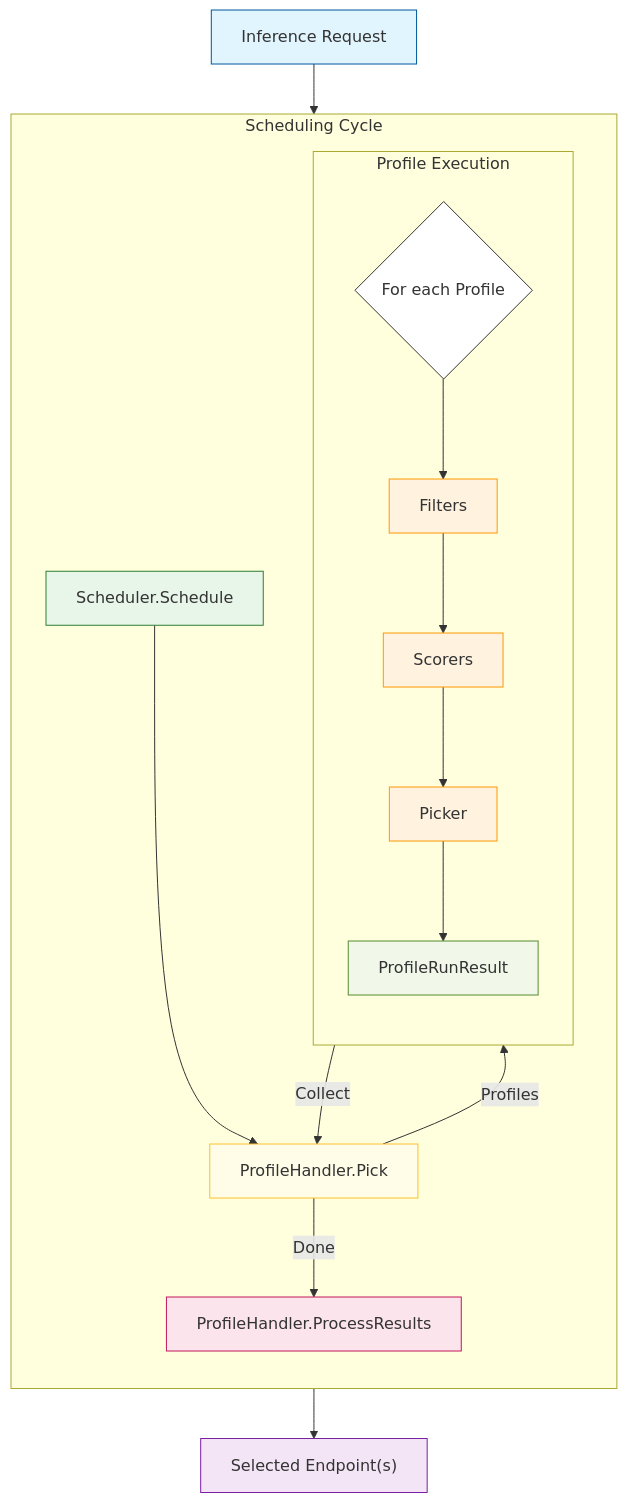
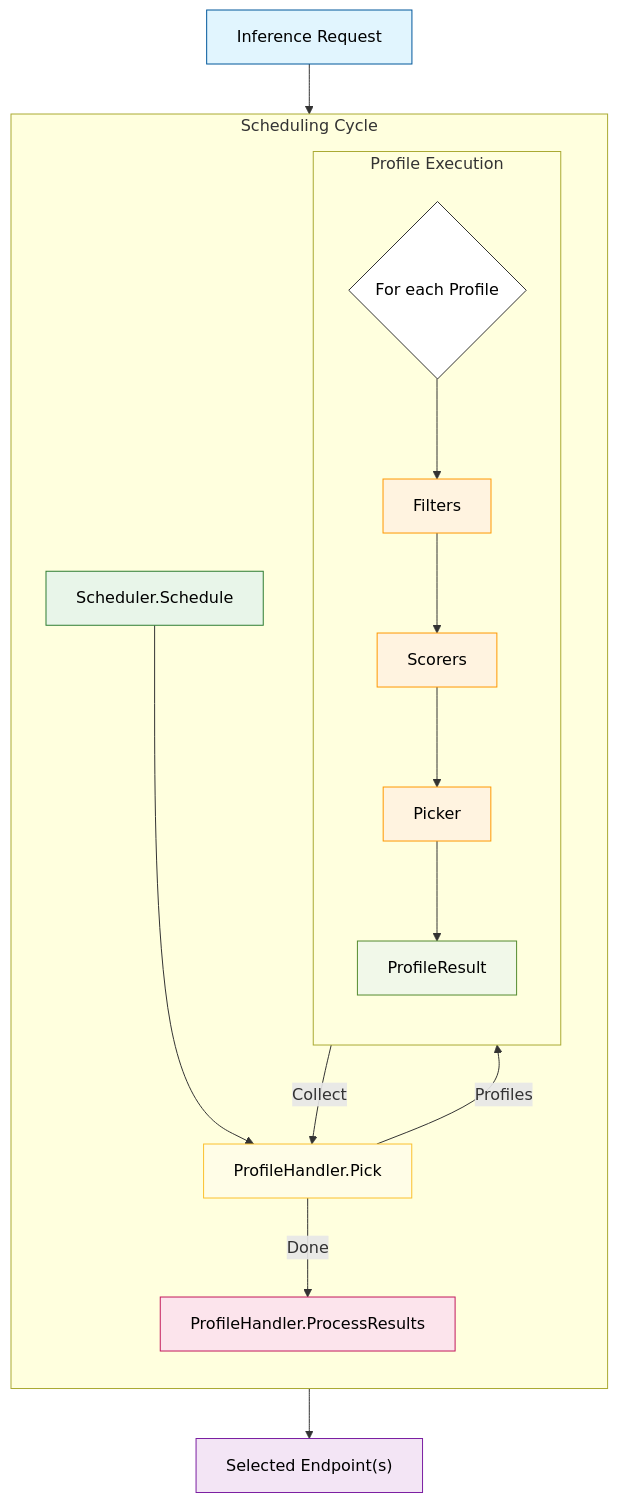
Before and after one commit to ahg-g/llm-d: the first of 2 diagrams in docs/wip-docs-new/architecture/core/epp/scheduling.md, drawn with Mermaid. The commit also changed other lines of this file, not shown here.

Commit message:
update the diagram

````diff
--- a/docs/wip-docs-new/architecture/core/epp/scheduling.md
+++ b/docs/wip-docs-new/architecture/core/epp/scheduling.md
@@ -9,35 +9,35 @@
 ```mermaid
 flowchart TD
     Req[Inference Request] --> S[Scheduler.Schedule]
     
     subgraph Cycle [Scheduling Cycle]
         direction TD
         S --> Pick[ProfileHandler.Pick]
         Pick -->|Profiles| Loop{For each Profile}
         
         subgraph Exec [Profile Execution]
             direction TD
             Loop --> Filters[Filters]
             Filters --> Scorers[Scorers]
             Scorers --> Picker[Picker]
-            Picker --> Result[ProfileRunResult]
+            Picker --> Result[ProfileResult]
         end
         
         Result -->|Collect| Pick
         Pick -->|Done| PRs[ProfileHandler.ProcessResults]
     end
     
     PRs --> Target["Selected Endpoint(s)"]
 
     %% Styling
-    style Req fill:#e1f5fe,stroke:#01579b
-    style S fill:#e8f5e9,stroke:#2e7d32
-    style Pick fill:#fffde7,stroke:#fbc02d
-    style Loop fill:#fff,stroke:#333
-    style Filters fill:#fff3e0,stroke:#ff9800
-    style Scorers fill:#fff3e0,stroke:#ff9800
-    style Picker fill:#fff3e0,stroke:#ff9800
-    style Result fill:#f1f8e9,stroke:#558b2f
-    style PRs fill:#fce4ec,stroke:#c2185b
-    style Target fill:#f3e5f5,stroke:#7b1fa2
+    style Req fill:#e1f5fe,stroke:#01579b,color:#000
+    style S fill:#e8f5e9,stroke:#2e7d32,color:#000
+    style Pick fill:#fffde7,stroke:#fbc02d,color:#000
+    style Loop fill:#fff,stroke:#333,color:#000
+    style Filters fill:#fff3e0,stroke:#ff9800,color:#000
+    style Scorers fill:#fff3e0,stroke:#ff9800,color:#000
+    style Picker fill:#fff3e0,stroke:#ff9800,color:#000
+    style Result fill:#f1f8e9,stroke:#558b2f,color:#000
+    style PRs fill:#fce4ec,stroke:#c2185b,color:#000
+    style Target fill:#f3e5f5,stroke:#7b1fa2,color:#000
 ```
````
